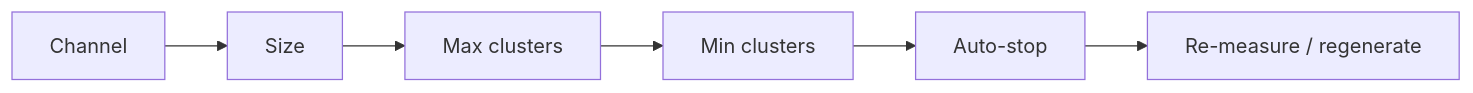
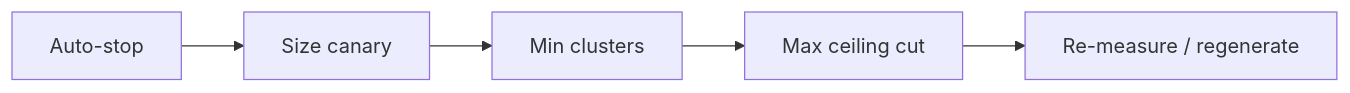
Diagram 12 of 19 in docs/architecture/context.md (thiaga-gk/expert-funicular), drawn with Mermaid before and after one commit. The commit also changed other lines of this file and 11 other files, not shown here.

````diff
--- a/docs/architecture/context.md
+++ b/docs/architecture/context.md
@@ -691,8 +690,7 @@
 ```mermaid
 flowchart LR
-    CH[Channel] --> SZ[Size]
-    SZ --> MX[Max clusters]
-    MX --> MN[Min clusters]
-    MN --> AS[Auto-stop]
-    AS --> RM[Re-measure / regenerate]
+    AS[Auto-stop] --> SZ[Size canary]
+    SZ --> MN[Min clusters]
+    MN --> MX[Max ceiling cut]
+    MX --> RM[Re-measure / regenerate]
 ```
````
